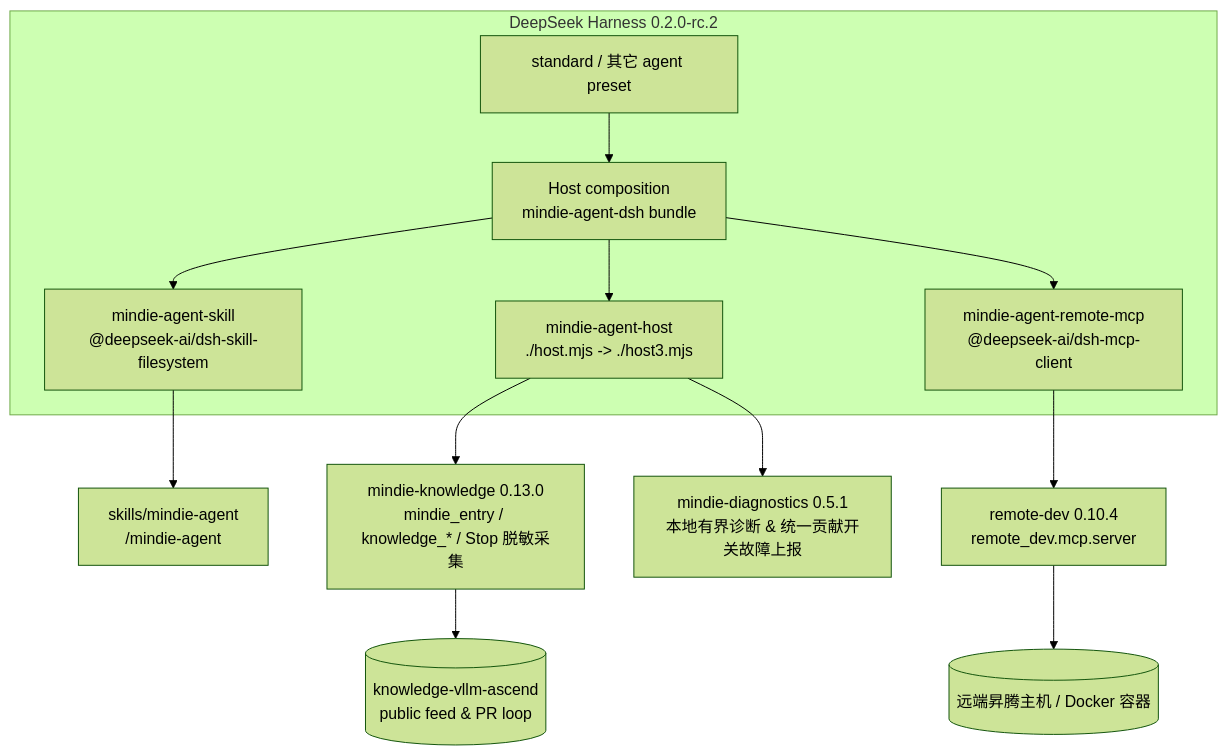
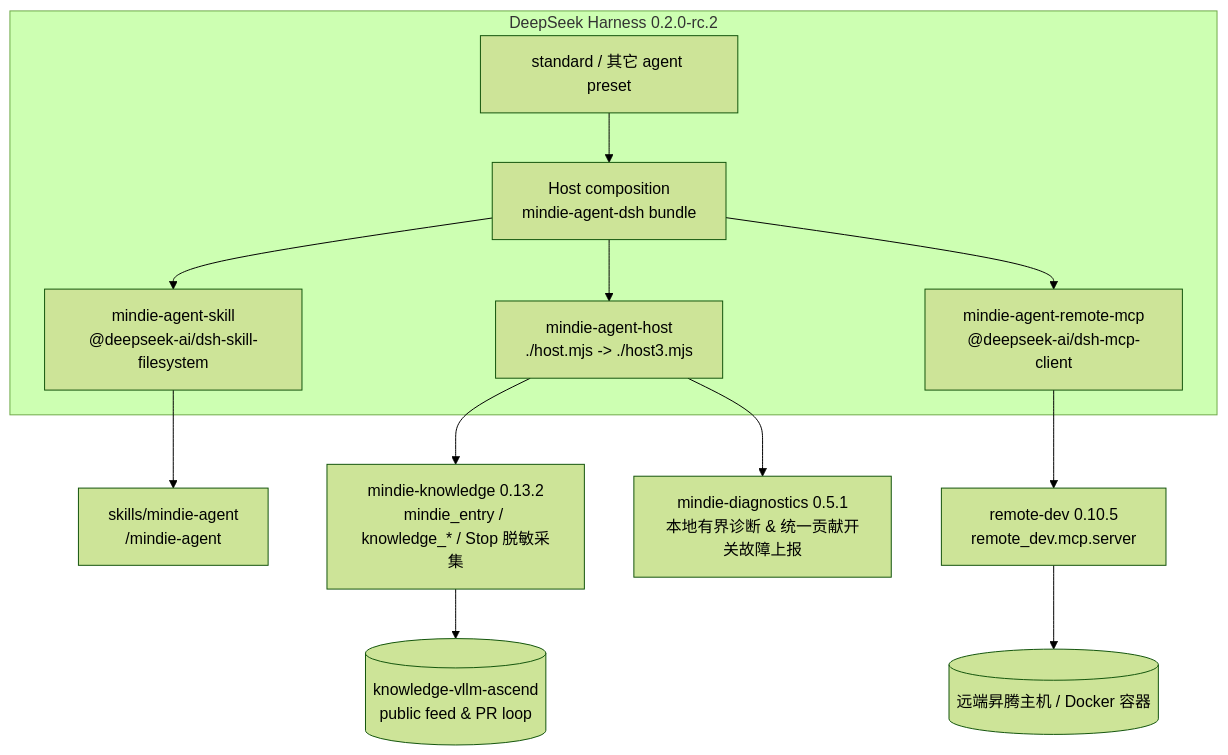
One commit to mindie-agent/mindie-agent-dsh changed the diagram in README.md. Above: the diagram before and after it, drawn with Mermaid (forest theme). The commit also changed other lines of this file and 8 other files, not shown here.

````diff
--- a/README.md
+++ b/README.md
@@ -199,20 +200,20 @@
 ```mermaid
 flowchart TB
   subgraph DSH["DeepSeek Harness 0.2.0-rc.2"]
     HOST["Host composition<br/>mindie-agent-dsh bundle"]
     STD["standard / 其它 agent preset"]
     SKILL["mindie-agent-skill<br/>@deepseek-ai/dsh-skill-filesystem"]
     HPLUG["mindie-agent-host<br/>./host.mjs -> ./host3.mjs"]
     RMC["mindie-agent-remote-mcp<br/>@deepseek-ai/dsh-mcp-client"]
     STD --> HOST
     HOST --> SKILL
     HOST --> HPLUG
     HOST --> RMC
   end
   SKILL --> SK["skills/mindie-agent<br/>/mindie-agent"]
-  HPLUG --> KS["mindie-knowledge 0.13.0<br/>mindie_entry / knowledge_* / Stop 脱敏采集"]
+  HPLUG --> KS["mindie-knowledge 0.13.2<br/>mindie_entry / knowledge_* / Stop 脱敏采集"]
   HPLUG --> DIAG["mindie-diagnostics 0.5.1<br/>本地有界诊断 & 统一贡献开关故障上报"]
   KS --> FEED[("knowledge-vllm-ascend<br/>public feed & PR loop")]
-  RMC --> RD["remote-dev 0.10.4<br/>remote_dev.mcp.server"]
+  RMC --> RD["remote-dev 0.10.5<br/>remote_dev.mcp.server"]
   RD --> NPU[("远端昇腾主机 / Docker 容器")]
 ```
````
